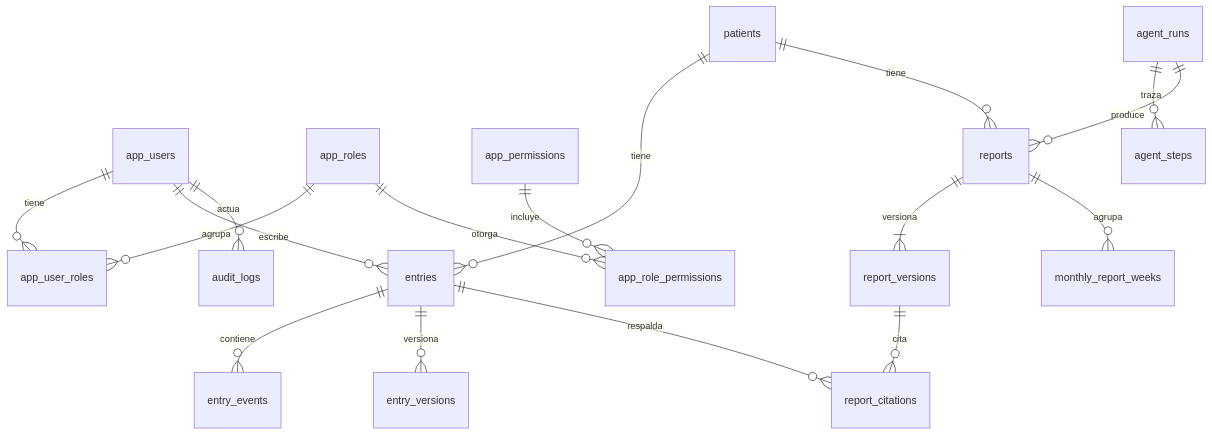
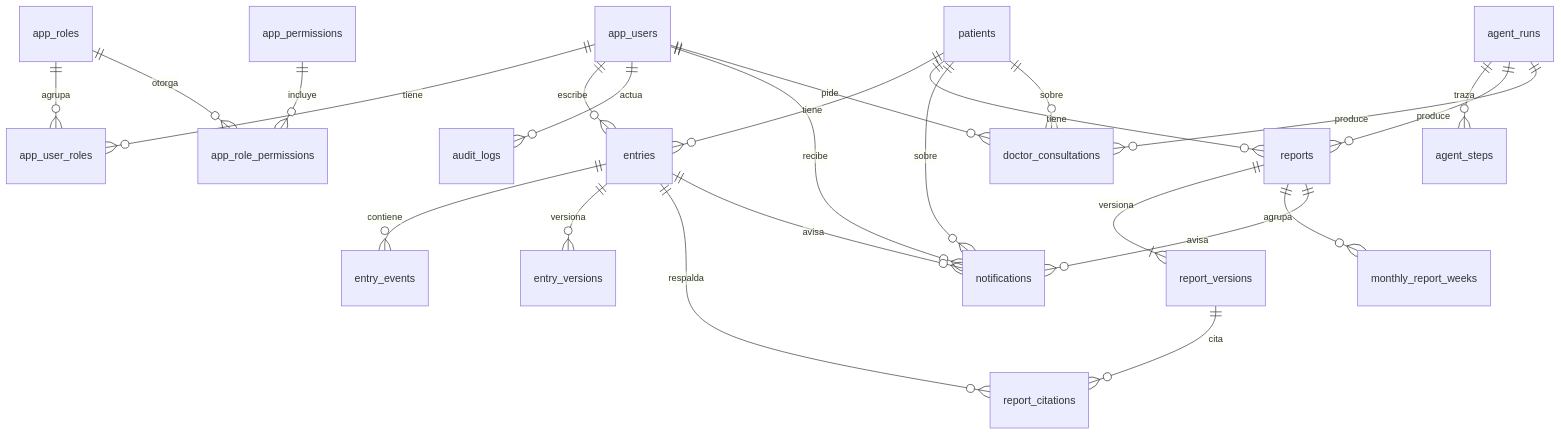
The diagram in docs/DICCIONARIO_DATOS.md (Breinersmartinez/patient-progress-auditor), drawn with Mermaid before and after one commit. The commit also changed other lines of this file and 333 other files, not shown here.

````diff
--- a/docs/DICCIONARIO_DATOS.md
+++ b/docs/DICCIONARIO_DATOS.md
@@ -53,19 +55,26 @@
 ```mermaid
 erDiagram
     app_users ||--o{ app_user_roles : tiene
     app_roles ||--o{ app_user_roles : agrupa
     app_roles ||--o{ app_role_permissions : otorga
     app_permissions ||--o{ app_role_permissions : incluye
     patients ||--o{ entries : tiene
     app_users ||--o{ entries : escribe
     entries ||--o{ entry_events : contiene
     entries ||--o{ entry_versions : versiona
     patients ||--o{ reports : tiene
     reports ||--|{ report_versions : versiona
     report_versions ||--o{ report_citations : cita
     entries ||--o{ report_citations : respalda
     reports ||--o{ monthly_report_weeks : agrupa
     agent_runs ||--o{ agent_steps : traza
     agent_runs ||--o{ reports : produce
     app_users ||--o{ audit_logs : actua
+    app_users ||--o{ notifications : recibe
+    patients ||--o{ notifications : sobre
+    entries ||--o{ notifications : avisa
+    reports ||--o{ notifications : avisa
+    app_users ||--o{ doctor_consultations : pide
+    patients ||--o{ doctor_consultations : sobre
+    agent_runs ||--o{ doctor_consultations : produce
 ```
````
